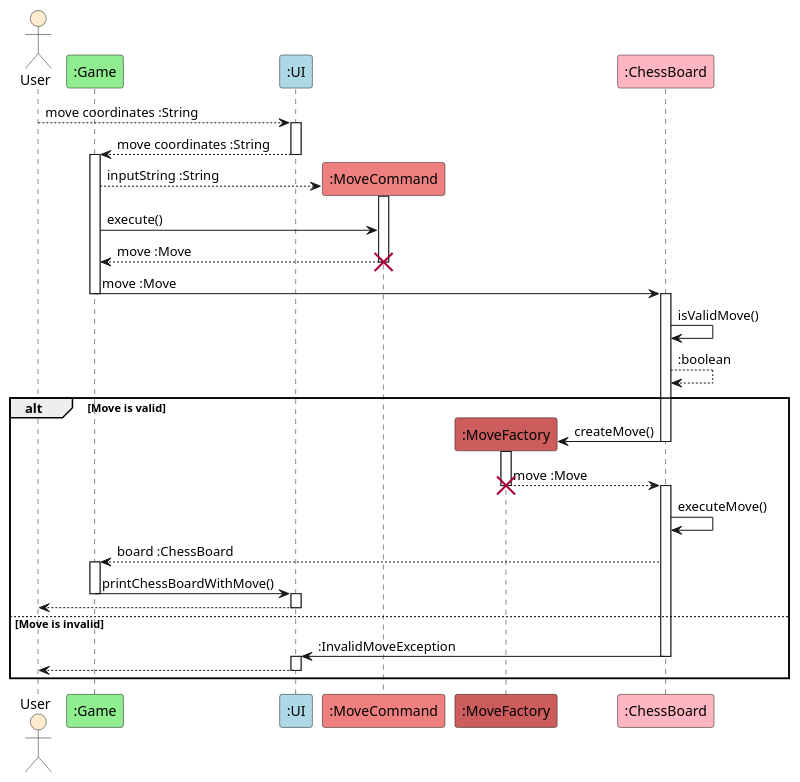
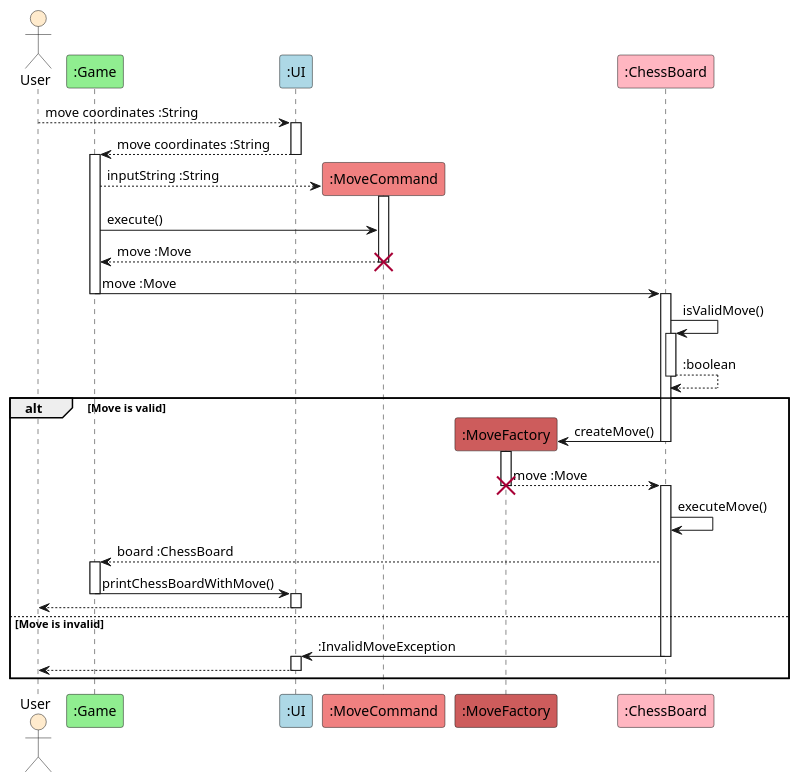
One commit to onx001/tp changed the diagram in docs/diagrams/MoveSequence.puml. Above: the diagram before and after it, drawn with PlantUML. The commit also changed 3 other files, not shown here.

```diff
--- a/docs/diagrams/MoveSequence.puml
+++ b/docs/diagrams/MoveSequence.puml
@@ -1,52 +1,54 @@
 @startuml MoveSequence
 
 actor User as user #BlanchedAlmond
 participant ":Game" as g #LightGreen
 participant ":UI" as ui #LightBlue
 participant ":MoveCommand" as mc #LightCoral
 participant ":MoveFactory" as mf #IndianRed
 participant ":ChessBoard" as cb #LightPink
 
 user --> ui : move coordinates :String
 activate ui
 ui --> g : move coordinates :String
 deactivate ui
 activate g
 create mc
 g --> mc : inputString :String
 activate mc
 g -> mc : execute()
 mc --> g : move :Move
 deactivate mc
 destroy mc
 g -> cb : move :Move
 deactivate g
 activate cb
 cb -> cb : isValidMove()
+activate cb
 cb --> cb : :boolean
+deactivate cb
 alt Move is valid
     create mf
     cb -> mf : createMove()
     deactivate cb
     activate mf
     mf --> cb : move :Move
     deactivate mf
     destroy mf
     activate cb
     cb -> cb : executeMove()
     cb --> g : board :ChessBoard
     activate g
     g -> ui : printChessBoardWithMove()
     deactivate g
     activate ui
     ui --> user
     deactivate ui
 else Move is invalid
     cb -> ui : :InvalidMoveException
     deactivate cb
     activate ui
     ui --> user
     deactivate ui
 end
 
 @enduml
```
